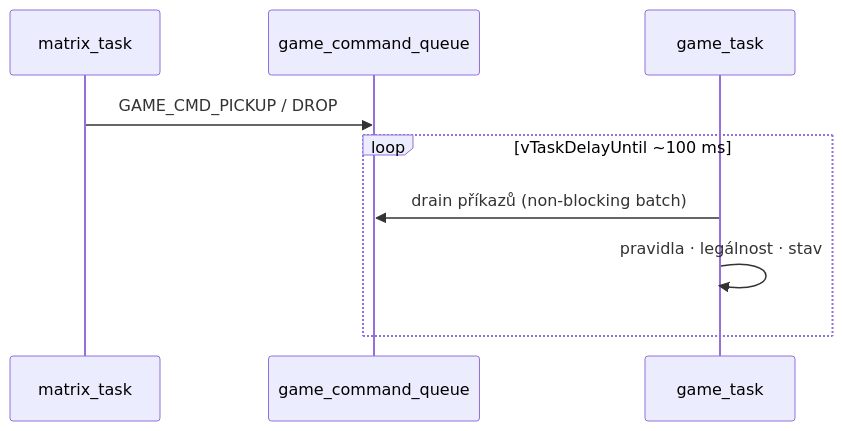
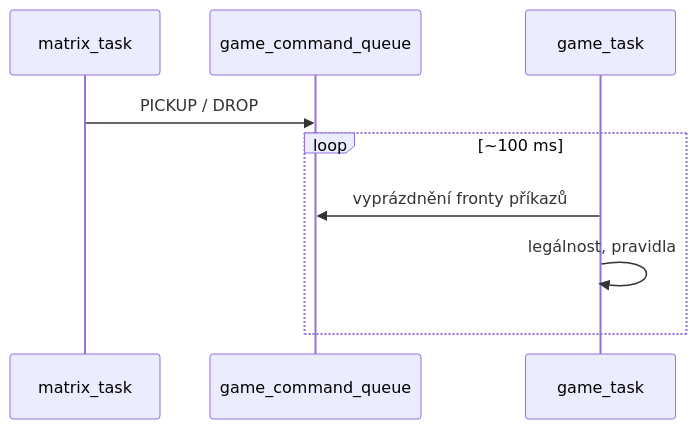
Before and after one commit to AlfredKrutina/chess_esp32_c6_devkit: the fourth of 6 diagrams in docs/diagrams/README.md, drawn with Mermaid. The commit also changed other lines of this file and 9 other files, not shown here.

First line of the commit message:
docs: lidsky psaná navigace, Flutter README s diagramy, smazat docs/mermaid

````diff
--- a/docs/diagrams/README.md
+++ b/docs/diagrams/README.md
@@ -133,11 +111,11 @@
 ```mermaid
 sequenceDiagram
   participant MT as matrix_task
   participant GQ as game_command_queue
   participant GT as game_task
-  MT->>GQ: GAME_CMD_PICKUP / DROP
-  loop vTaskDelayUntil ~100 ms
-    GT->>GQ: drain příkazů (non-blocking batch)
-    GT->>GT: pravidla · legálnost · stav
+  MT->>GQ: PICKUP / DROP
+  loop ~100 ms
+    GT->>GQ: vyprázdnění fronty příkazů
+    GT->>GT: legálnost, pravidla
   end
 ```
````
